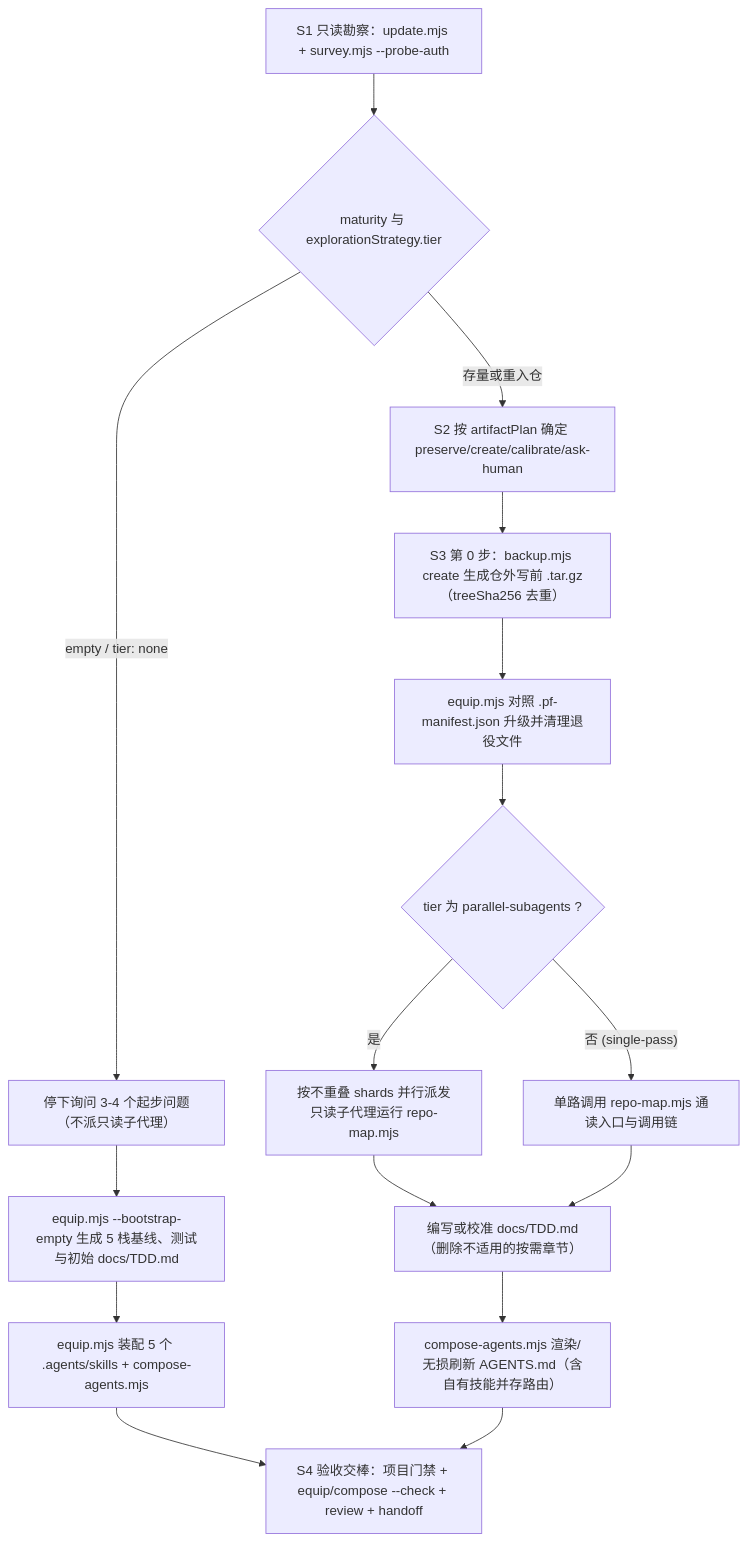
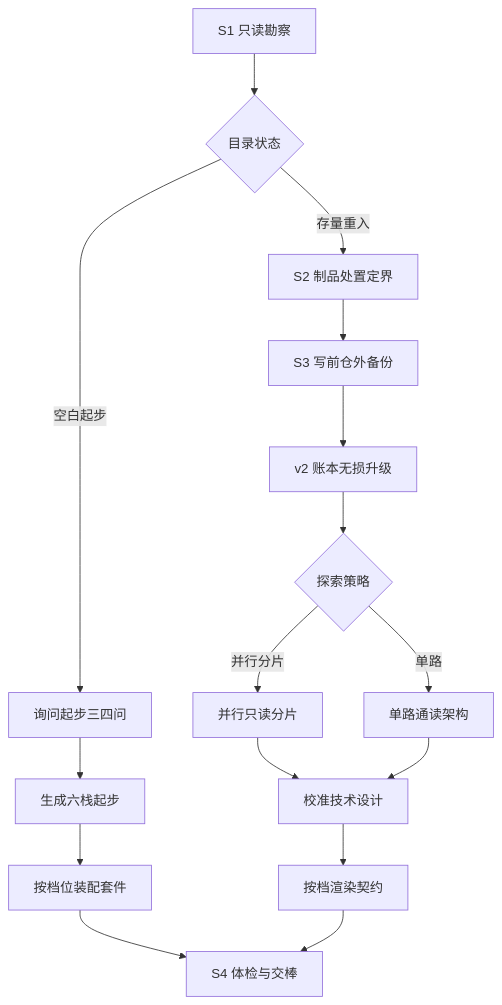
Before and after one commit to FiretrUCK666/project-forge: the second of 5 diagrams in docs/TDD.md, drawn with Mermaid. The commit also changed other lines of this file and 29 other files, not shown here.

Commit message:
同步升级模板体系、技术设计文档、双语门面与矢量图并对齐两档治理契约

````diff
--- a/docs/TDD.md
+++ b/docs/TDD.md
@@ -138,20 +165,20 @@
 ```mermaid
 flowchart TD
-  S1["S1 只读勘察：update.mjs + survey.mjs --probe-auth"] --> Branch{"maturity 与 explorationStrategy.tier"}
-  Branch -- "empty / tier: none" --> Ask["停下询问 3-4 个起步问题（不派只读子代理）"]
-  Ask --> Boot["equip.mjs --bootstrap-empty 生成 5 栈基线、测试与初始 docs/TDD.md"]
-  Boot --> S3Kit["equip.mjs 装配 5 个 .agents/skills + compose-agents.mjs"]
+  S1["S1 只读勘察"] --> Branch{"目录状态"}
+  Branch -- "空白起步" --> Ask["询问起步三四问"]
+  Ask --> Boot["生成六栈起步"]
+  Boot --> S3Kit["按档位装配套件"]
 
-  Branch -- "存量或重入仓" --> Plan["S2 按 artifactPlan 确定 preserve/create/calibrate/ask-human"]
-  Plan --> Snap["S3 第 0 步：backup.mjs create 生成仓外写前 .tar.gz（treeSha256 去重）"]
-  Snap --> Equip["equip.mjs 对照 .pf-manifest.json 升级并清理退役文件"]
-  Equip --> Explore{"tier 为 parallel-subagents ?"}
-  Explore -- "是" --> Shards["按不重叠 shards 并行派发只读子代理运行 repo-map.mjs"]
-  Explore -- "否 (single-pass)" --> Single["单路调用 repo-map.mjs 通读入口与调用链"]
-  Shards --> TDDWrite["编写或校准 docs/TDD.md（删除不适用的按需章节）"]
+  Branch -- "存量重入" --> Plan["S2 制品处置定界"]
+  Plan --> Snap["S3 写前仓外备份"]
+  Snap --> Equip["v2 账本无损升级"]
+  Equip --> Explore{"探索策略"}
+  Explore -- "并行分片" --> Shards["并行只读分片"]
+  Explore -- "单路" --> Single["单路通读架构"]
+  Shards --> TDDWrite["校准技术设计"]
   Single --> TDDWrite
-  TDDWrite --> Compose["compose-agents.mjs 渲染/无损刷新 AGENTS.md（含自有技能并存路由）"]
+  TDDWrite --> Compose["按档渲染契约"]
 
-  S3Kit --> S4["S4 验收交棒：项目门禁 + equip/compose --check + review + handoff"]
+  S3Kit --> S4["S4 体检与交棒"]
   Compose --> S4
 ```
````
